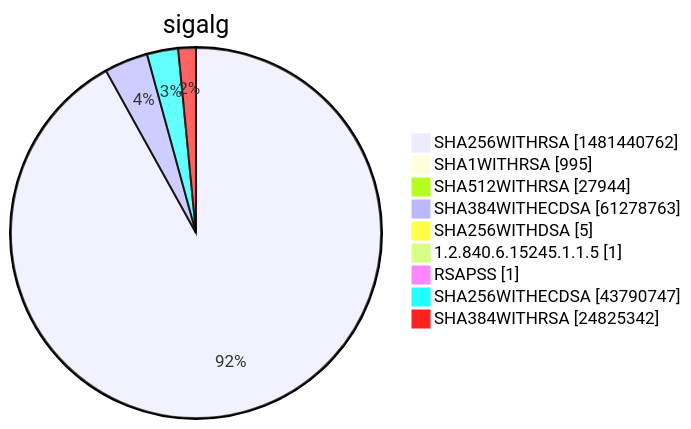
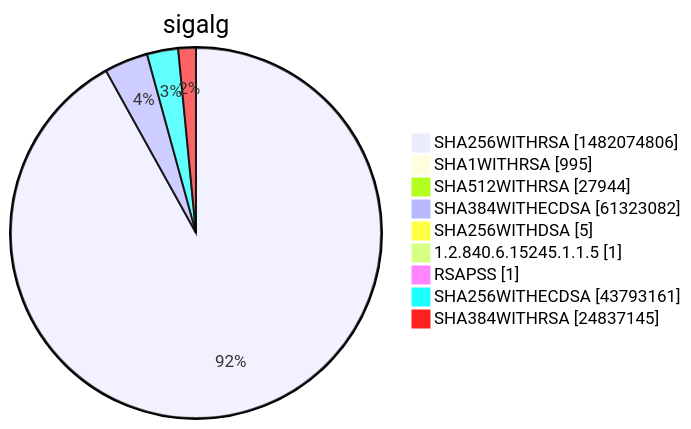
One commit to christiankrug/ctmonitor_visualization changed diagram 15 of 15 in xenon2022/README.md. Above: the diagram before and after it, drawn with Mermaid. The commit also changed other lines of this file, not shown here.

````diff
--- a/xenon2022/README.md
+++ b/xenon2022/README.md
@@ -5863,13 +5863,13 @@
 ```mermaid
 pie showData
 title sigalg
-"SHA256WITHRSA" :1481440762
+"SHA256WITHRSA" :1482074806
 "SHA1WITHRSA" :995
 "SHA512WITHRSA" :27944
-"SHA384WITHECDSA" :61278763
+"SHA384WITHECDSA" :61323082
 "SHA256WITHDSA" :5
 "1.2.840.6.15245.1.1.5" :1
 "RSAPSS" :1
-"SHA256WITHECDSA" :43790747
-"SHA384WITHRSA" :24825342
+"SHA256WITHECDSA" :43793161
+"SHA384WITHRSA" :24837145
 ```
````
